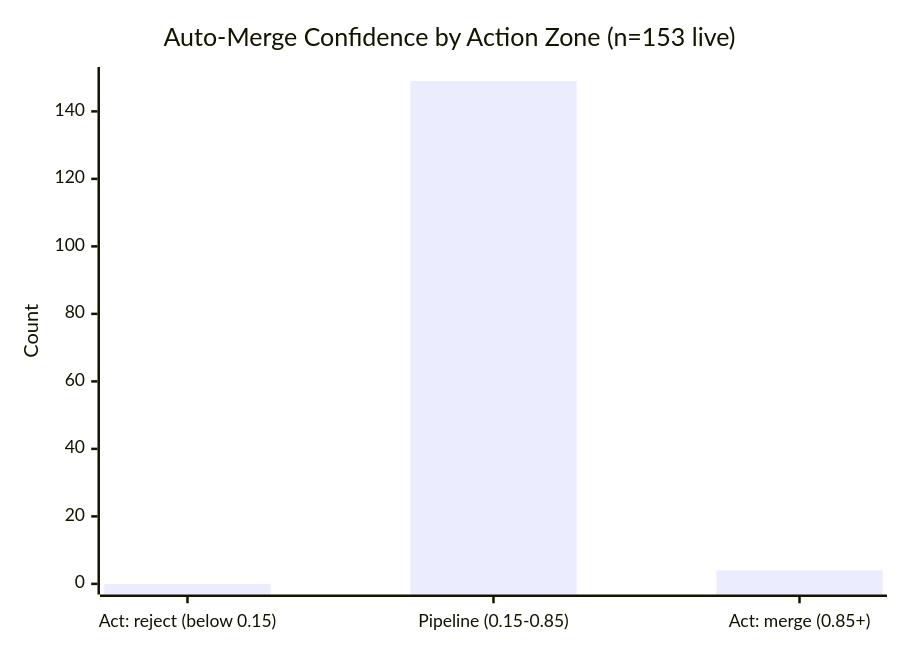
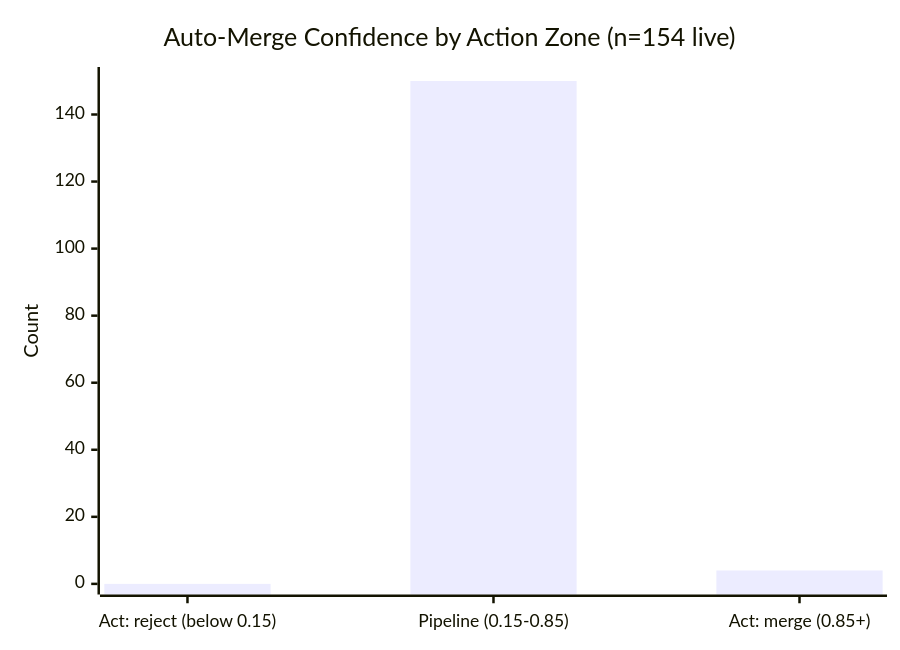
Before and after one commit to Sanctum-Origo-Systems/patina: the second of 4 diagrams in JEV.md, drawn with Mermaid. The commit also changed other lines of this file, not shown here.

````diff
--- a/JEV.md
+++ b/JEV.md
@@ -17,7 +17,7 @@
 ```mermaid
 xychart-beta
-    title "Auto-Merge Confidence by Action Zone (n=153 live)"
+    title "Auto-Merge Confidence by Action Zone (n=154 live)"
     x-axis ["Act: reject (below 0.15)", "Pipeline (0.15-0.85)", "Act: merge (0.85+)"]
-    y-axis "Count" 0 --> 150
-    bar [0, 149, 4]
+    y-axis "Count" 0 --> 151
+    bar [0, 150, 4]
 ```
````
